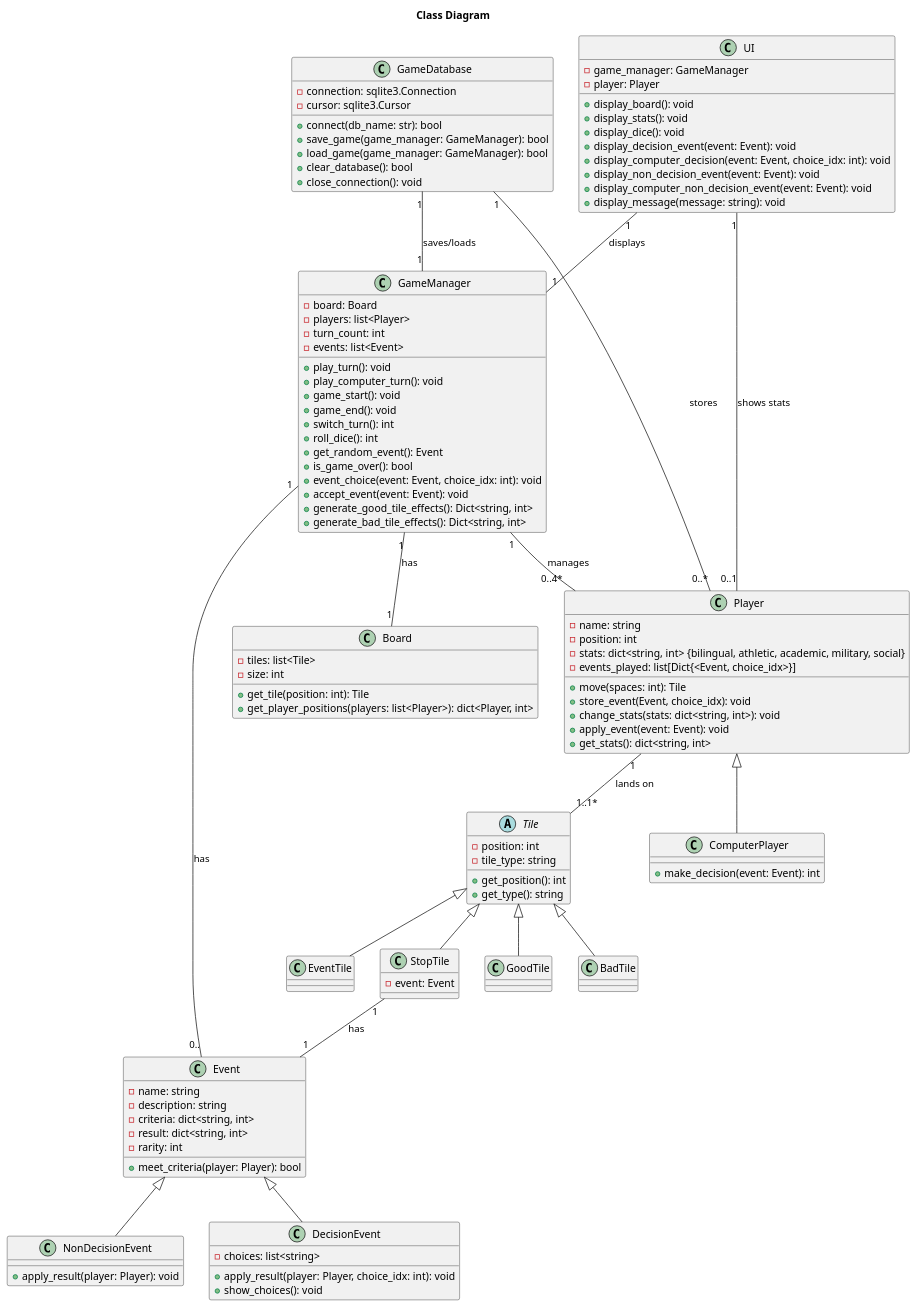
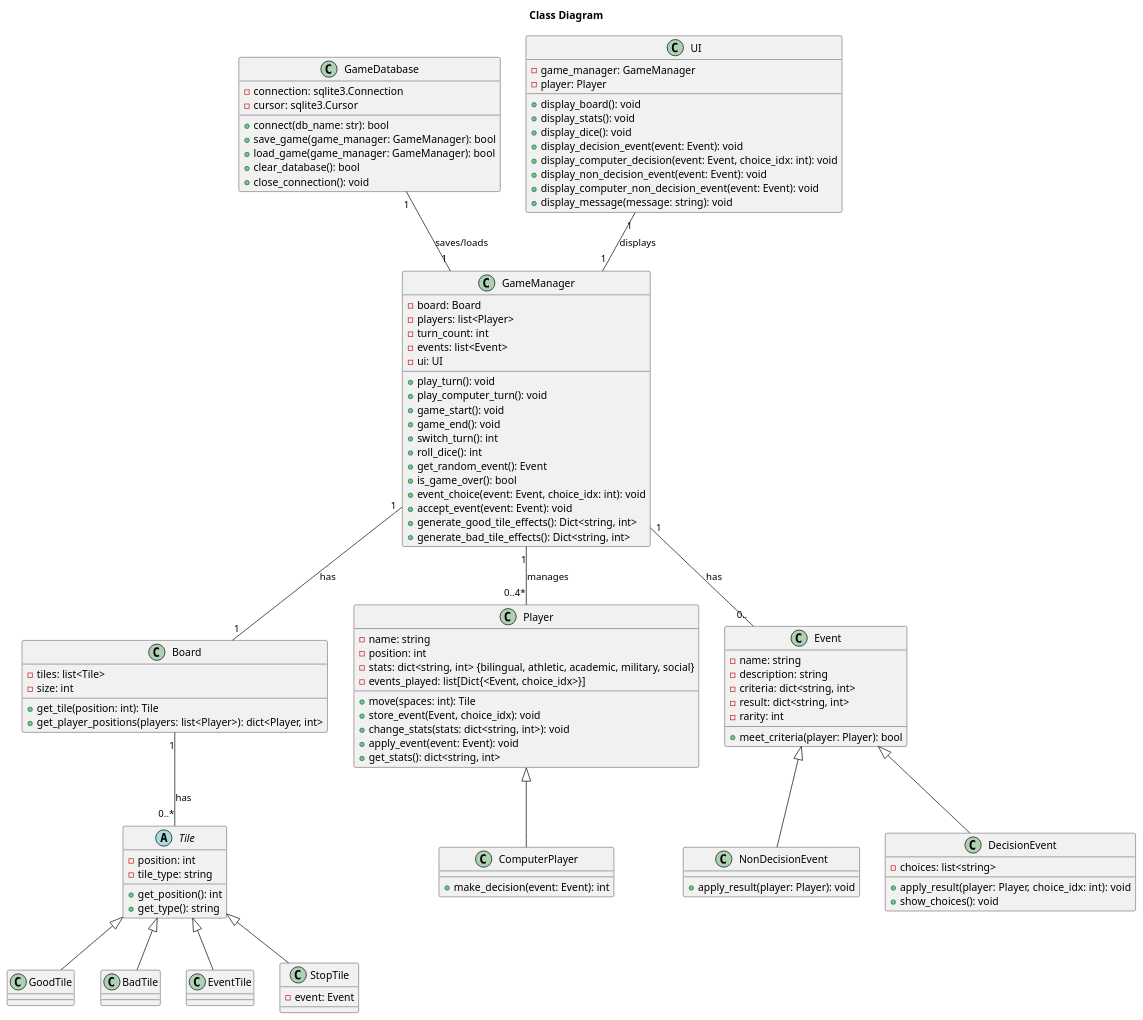
Before and after one commit to CSE-362-2025/BoardGameProject: the diagram in diagrams/class_diagram.puml, drawn with PlantUML.

Commit message:
last of the small changes I promise

```diff
--- a/diagrams/class_diagram.puml
+++ b/diagrams/class_diagram.puml
@@ -1,152 +1,150 @@
 @startuml class_diagram
 title "Class Diagram"
 ' skinparam shadowing false
 ' skinparam classAttributeIconSize 0
 
 class GameDatabase {
     
     - connection: sqlite3.Connection
     - cursor: sqlite3.Cursor
 
     + connect(db_name: str): bool
     + save_game(game_manager: GameManager): bool
     + load_game(game_manager: GameManager): bool
     + clear_database(): bool
     + close_connection(): void
 
 }
 
 class Board {
 
     - tiles: list<Tile>
     - size: int
 
     + get_tile(position: int): Tile
     + get_player_positions(players: list<Player>): dict<Player, int>
 }
 
 abstract class Tile {
 
     - position: int
     - tile_type: string
 
     + get_position(): int
     + get_type(): string
 }
 
 class GoodTile {
 }
 
 class BadTile {
 }
 
 class EventTile {
 }
 
 class StopTile {
     - event: Event
 
 }
 
 class Player {
 
     - name: string
     - position: int
     - stats: dict<string, int> {bilingual, athletic, academic, military, social}
     - events_played: list[Dict{<Event, choice_idx>}]
 
     + move(spaces: int): Tile
     + store_event(Event, choice_idx): void
     + change_stats(stats: dict<string, int>): void
     + apply_event(event: Event): void
     + get_stats(): dict<string, int>
 
 }
 
 class ComputerPlayer {
 
     + make_decision(event: Event): int
 }
 
 class Event {
 
     - name: string
     - description: string
     - criteria: dict<string, int>
     - result: dict<string, int>
     - rarity: int
 
     + meet_criteria(player: Player): bool
 }
 
 class NonDecisionEvent {
 
     + apply_result(player: Player): void
 }
 
 class DecisionEvent {
     - choices: list<string>
 
     + apply_result(player: Player, choice_idx: int): void
     + show_choices(): void
 }
 
 
 class GameManager {
 
     - board: Board
     - players: list<Player>
     - turn_count: int
     - events: list<Event>
+    - ui: UI
 
     + play_turn(): void
     + play_computer_turn(): void
     + game_start(): void
     + game_end(): void
     + switch_turn(): int
     + roll_dice(): int
     + get_random_event(): Event
     + is_game_over(): bool
     + event_choice(event: Event, choice_idx: int): void
     + accept_event(event: Event): void
     + generate_good_tile_effects(): Dict<string, int>
     + generate_bad_tile_effects(): Dict<string, int>
 }
 
 class UI {
 
     - game_manager: GameManager
     - player: Player
 
     + display_board(): void
     + display_stats(): void
     + display_dice(): void
     + display_decision_event(event: Event): void
     + display_computer_decision(event: Event, choice_idx: int): void
     + display_non_decision_event(event: Event): void
     + display_computer_non_decision_event(event: Event): void
     + display_message(message: string): void
 }
 
 
 ' Relationships
 
-Player "1" -- "1..1*" Tile : "lands on"
-GameDatabase "1" -- "0..*" Player : "stores"
+Board "1" -- "0..*" Tile : "has"
 GameDatabase "1" -- "1" GameManager : "saves/loads"
 GameManager "1" -- "0..4*" Player : "manages"
 GameManager "1" -- "1" Board : "has"
 GameManager "1" -- "0.." Event : "has"
 UI "1" -- "1" GameManager : "displays"
-UI "1" -- "0..1" Player : "shows stats"
-StopTile "1" -- "1" Event : "has"
 Tile <|-- GoodTile
 Tile <|-- BadTile
 Tile <|-- EventTile
 Tile <|-- StopTile
 Event <|-- NonDecisionEvent
 Event <|-- DecisionEvent
 Player <|-- ComputerPlayer
 
 
 @enduml
```
